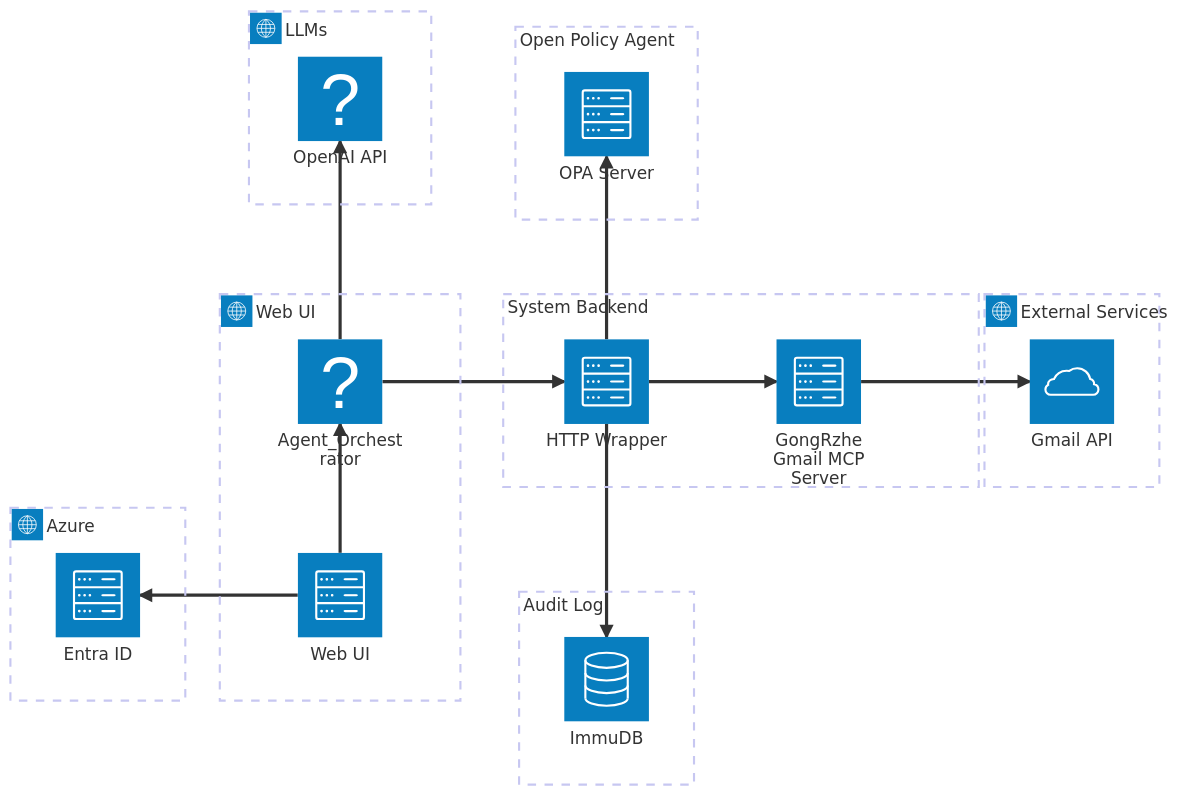
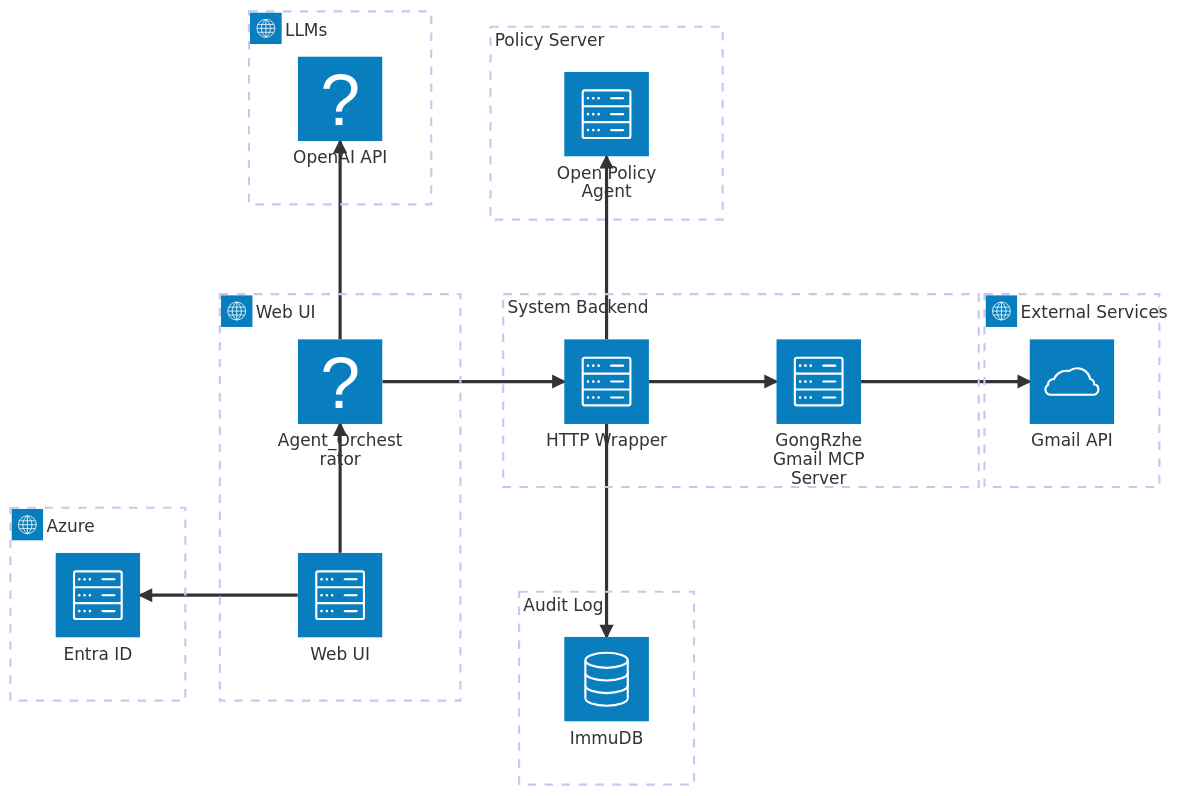
Before and after one commit to Blizzard-Of-Oz/cyber295-team3: the diagram in Diagrams/architecture.mmd, drawn with Mermaid.

```diff
--- a/Diagrams/architecture.mmd
+++ b/Diagrams/architecture.mmd
@@ -1,32 +1,32 @@
 ---
 config:
   theme: mc
 ---
 architecture-beta
 
   group g_ui(internet) [Web UI]
   group g_entraid(internet) [Azure]
   group g_llms(internet)[LLMs]
   group g_mcp[System Backend]
   group g_db[Audit Log]
-  group g_opa[Open Policy Agent]
+  group g_opa[Policy Server]
   group g_ext(internet)[External Services]
 
   service web(server)[Web UI] in g_ui
   service entraid(server)[Entra ID] in g_entraid
   service agent(brain)[Agent_Orchestrator] in g_ui
   service orchestration(brain)[OpenAI API] in g_llms
   service http_wrapper(server)[HTTP Wrapper] in g_mcp
   service mcp(server)[GongRzhe Gmail MCP Server] in g_mcp
   service extsvc(cloud)[Gmail API] in g_ext
   service auditlog(database)[ImmuDB] in g_db
-  service opa(server)[OPA Server] in g_opa
+  service opa(server)[Open Policy Agent] in g_opa
 
   web:L --> R:entraid
   web:T --> B:agent
   agent:T --> B:orchestration
   agent:R --> L:http_wrapper
   http_wrapper:R --> L:mcp
   http_wrapper:B --> T:auditlog
   http_wrapper:T --> B:opa
   mcp:R --> L:extsvc
```
